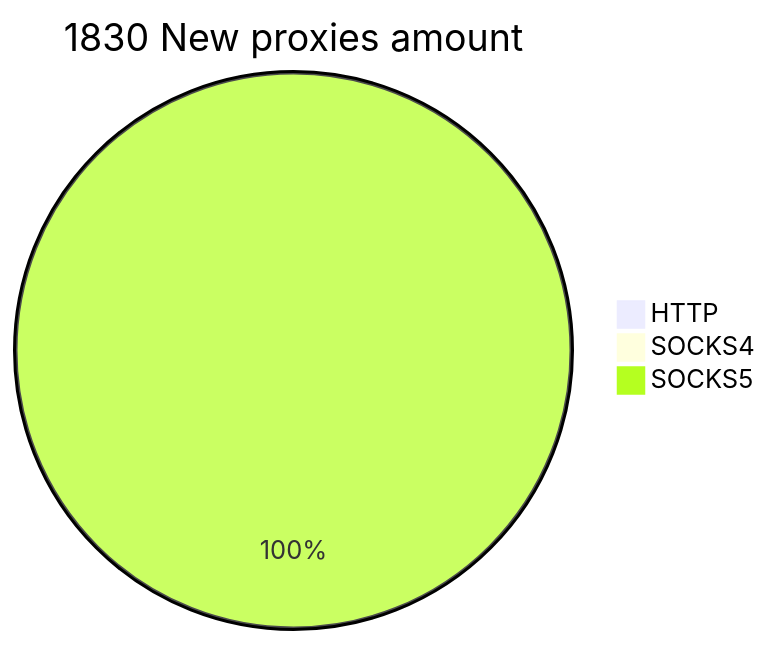
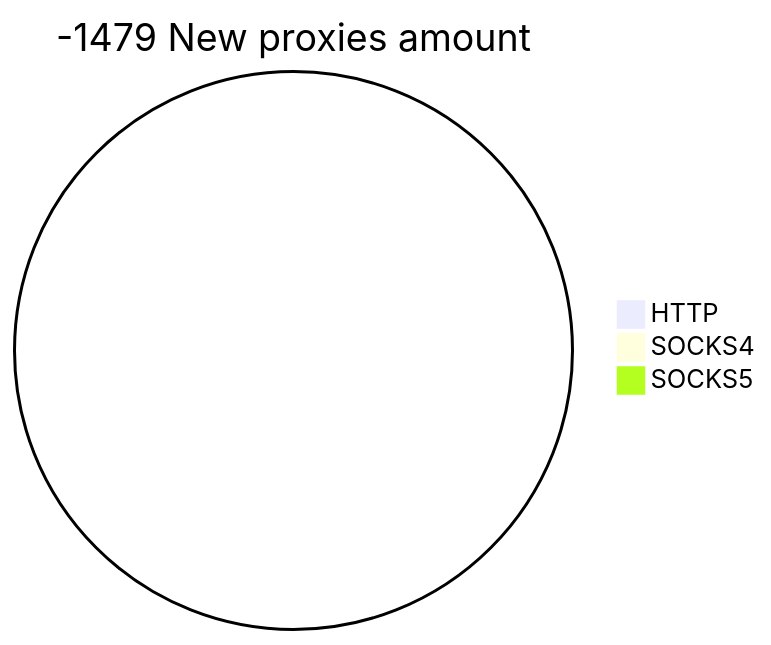
The second of 2 diagrams in README.md (cutipu/proxylist), drawn with Mermaid before and after one commit. The commit also changed other lines of this file, not shown here.

````diff
--- a/README.md
+++ b/README.md
@@ -10,6 +10,6 @@
 ```mermaid
-pie title 1830 New proxies amount
+pie title -1479 New proxies amount
     "HTTP" : 0
     "SOCKS4" : 0
-    "SOCKS5" : 1840
+    "SOCKS5" : 0
 ```
````
